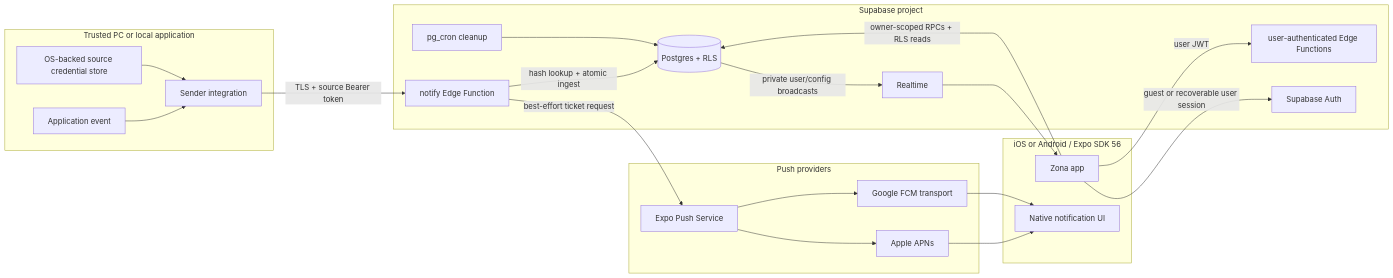
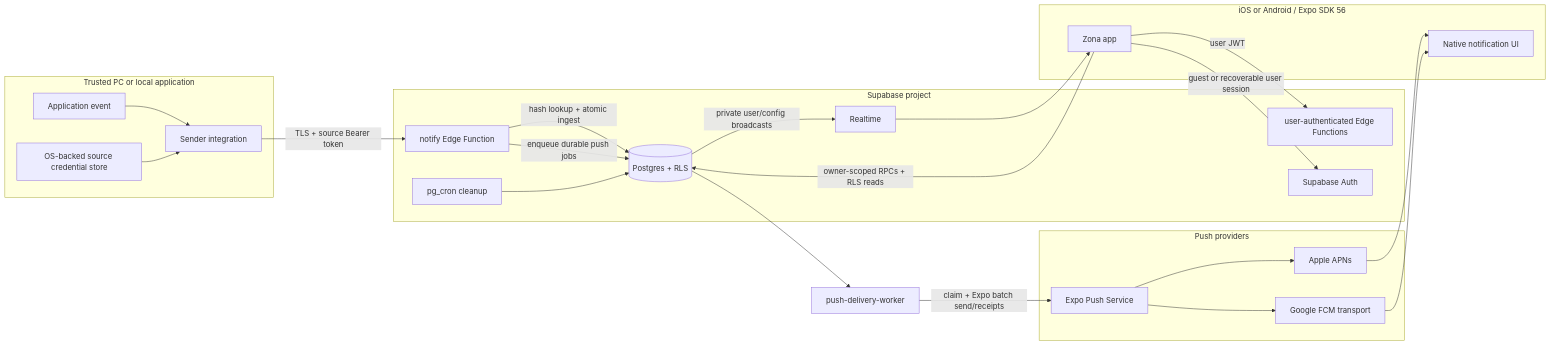
Before and after one commit to terri-yaki/zona: the diagram in docs/ARCHITECTURE.md, drawn with Mermaid. The commit also changed other lines of this file and 22 other files, not shown here.

````diff
--- a/docs/ARCHITECTURE.md
+++ b/docs/ARCHITECTURE.md
@@ -9,37 +9,39 @@
 ```mermaid
 flowchart LR
   subgraph Sender["Trusted PC or local application"]
     A["Application event"] --> B["Sender integration"]
     K["OS-backed source credential store"] --> B
   end
 
   subgraph Supabase["Supabase project"]
     N["notify Edge Function"]
     U["user-authenticated Edge Functions"]
     DB[("Postgres + RLS")]
     AUTH["Supabase Auth"]
     RT["Realtime"]
     CRON["pg_cron cleanup"]
   end
 
   subgraph Push["Push providers"]
     EXPO["Expo Push Service"] --> APNS["Apple APNs"]
     EXPO --> FCM["Google FCM transport"]
   end
 
   subgraph Phone["iOS or Android / Expo SDK 56"]
     APP["Zona app"]
     NATIVE["Native notification UI"]
   end
 
   B -->|"TLS + source Bearer token"| N
   N -->|"hash lookup + atomic ingest"| DB
-  N -->|"best-effort ticket request"| EXPO
+  N -->|"enqueue durable push jobs"| DB
+  W["push-delivery-worker"] -->|"claim + Expo batch send/receipts"| EXPO
+  DB --> W
   APNS --> NATIVE
   FCM --> NATIVE
   APP -->|"guest or recoverable user session"| AUTH
   APP -->|"user JWT"| U
   APP -->|"owner-scoped RPCs + RLS reads"| DB
   DB -->|"private user/config broadcasts"| RT --> APP
   CRON --> DB
 ```
````
